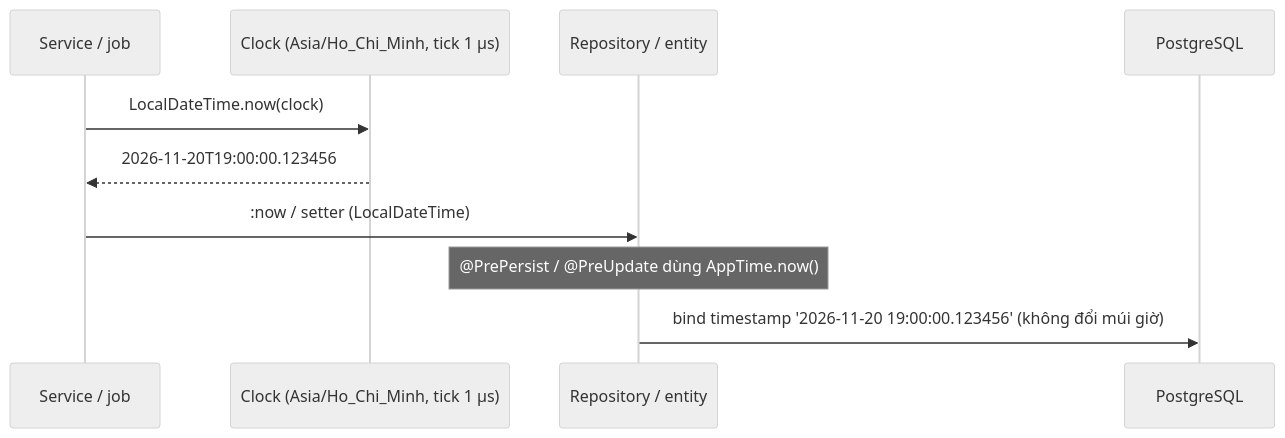
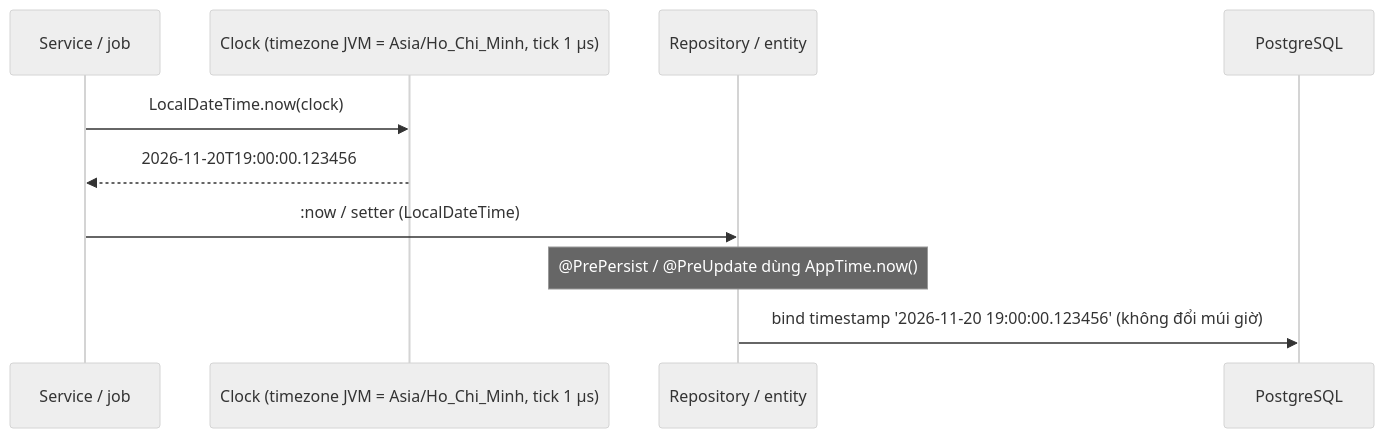
One commit to phananh2005/ArenaFlow-be changed the second of 2 diagrams in docs/agent/design/SYSTEM-002/Processing_Flow.md. Above: the diagram before and after it, drawn with Mermaid (neutral theme). The commit also changed other lines of this file and 140 other files, not shown here.

````diff
--- a/docs/agent/design/SYSTEM-002/Processing_Flow.md
+++ b/docs/agent/design/SYSTEM-002/Processing_Flow.md
@@ -46,13 +46,13 @@
 ```mermaid
 sequenceDiagram
     participant S as Service / job
-    participant C as Clock (Asia/Ho_Chi_Minh, tick 1 µs)
+    participant C as Clock (timezone JVM = Asia/Ho_Chi_Minh, tick 1 µs)
     participant R as Repository / entity
     participant DB as PostgreSQL
 
     S->>C: LocalDateTime.now(clock)
     C-->>S: 2026-11-20T19:00:00.123456
     S->>R: :now / setter (LocalDateTime)
     Note over R: @PrePersist / @PreUpdate dùng AppTime.now()
     R->>DB: bind timestamp '2026-11-20 19:00:00.123456' (không đổi múi giờ)
 ```
````
